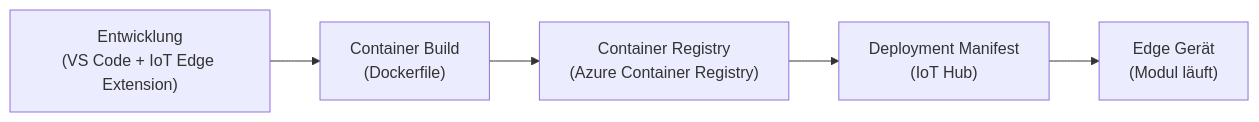
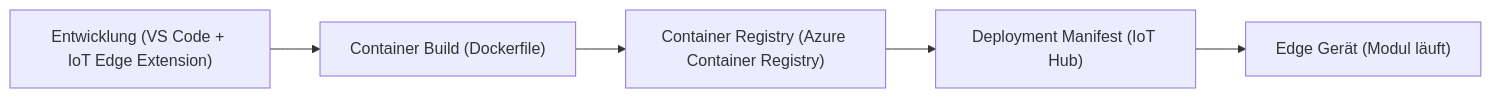
One commit to SoniiiT/notes-n-docs changed the second of 5 diagrams in Microsoft 365/Azure/IoT/Azure IoT Edge.md. Above: the diagram before and after it, drawn with Mermaid. The commit also changed other lines of this file and 124 other files, not shown here.

First line of the commit message:
fix: Entferne \n aus allen Mermaid-Diagrammen (125 Dateien)

````diff
--- a/Microsoft 365/Azure/IoT/Azure IoT Edge.md
+++ b/Microsoft 365/Azure/IoT/Azure IoT Edge.md
@@ -198,13 +198,13 @@
 ```mermaid
 flowchart LR
-    Dev["Entwicklung\n(VS Code + IoT Edge Extension)"]
-    Build["Container Build\n(Dockerfile)"]
-    Registry["Container Registry\n(Azure Container Registry)"]
-    Deploy["Deployment Manifest\n(IoT Hub)"]
-    Device["Edge Gerät\n(Modul läuft)"]
+    Dev["Entwicklung (VS Code + IoT Edge Extension)"]
+    Build["Container Build (Dockerfile)"]
+    Registry["Container Registry (Azure Container Registry)"]
+    Deploy["Deployment Manifest (IoT Hub)"]
+    Device["Edge Gerät (Modul läuft)"]
 
     Dev --> Build
     Build --> Registry
     Registry --> Deploy
     Deploy --> Device
 ```
````
